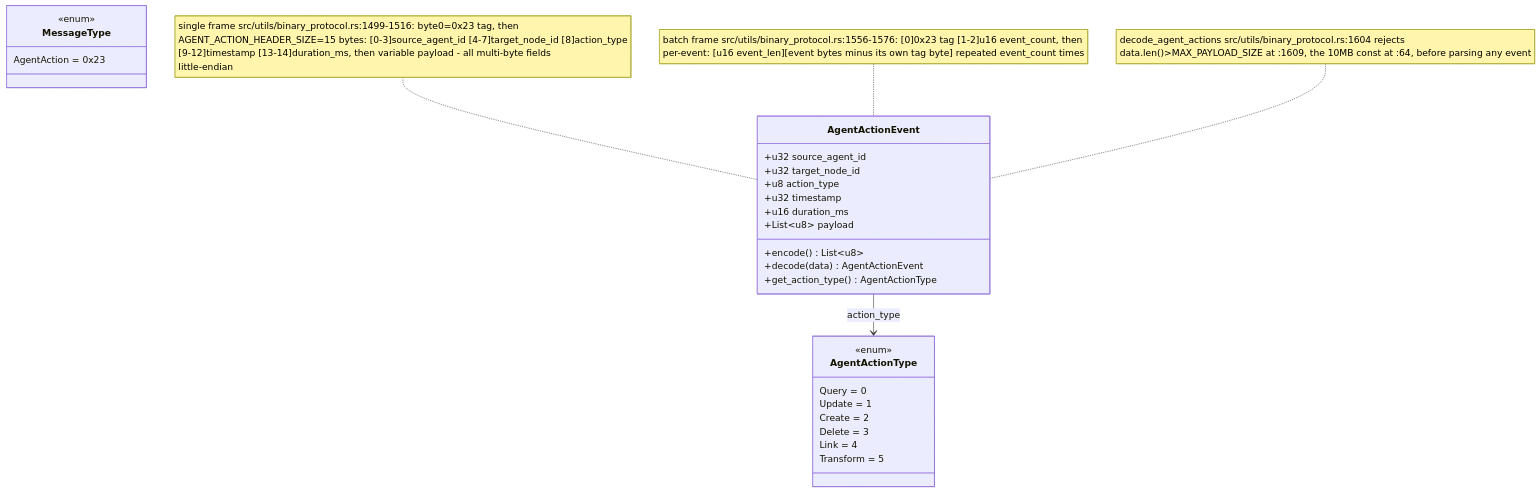
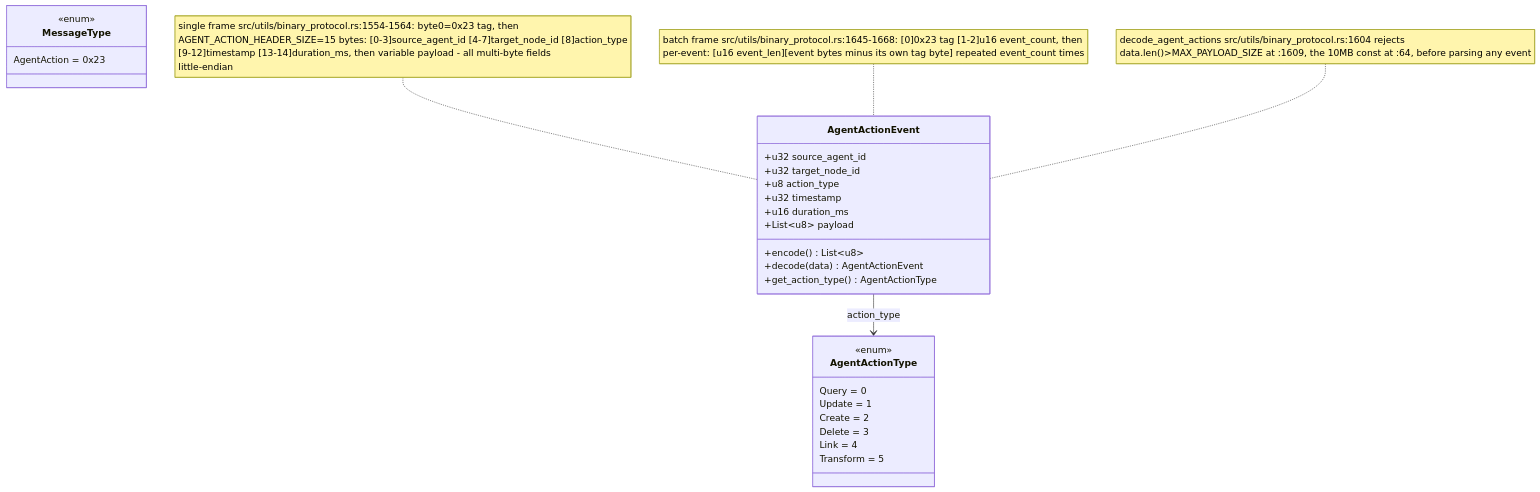
One commit to DreamLab-AI/VisionFlow changed the fifth of 12 diagrams in docs/diagrams/estate/02-agent-events-agentbox-to-visionclaw.md. Above: the diagram before and after it, drawn with Mermaid. The commit also changed other lines of this file and 12 other files, not shown here.

````diff
--- a/docs/diagrams/estate/02-agent-events-agentbox-to-visionclaw.md
+++ b/docs/diagrams/estate/02-agent-events-agentbox-to-visionclaw.md
@@ -244,31 +247,31 @@
 ```mermaid
 classDiagram
     class MessageType {
       <<enum>>
       AgentAction = 0x23
     }
     class AgentActionEvent {
       +u32 source_agent_id
       +u32 target_node_id
       +u8 action_type
       +u32 timestamp
       +u16 duration_ms
       +List~u8~ payload
       +encode() List~u8~
       +decode(data) AgentActionEvent
       +get_action_type() AgentActionType
     }
     class AgentActionType {
       <<enum>>
       Query = 0
       Update = 1
       Create = 2
       Delete = 3
       Link = 4
       Transform = 5
     }
     AgentActionEvent --> AgentActionType : action_type
-    note for AgentActionEvent "single frame src/utils/binary_protocol.rs:1499-1516: byte0=0x23 tag, then<br/>AGENT_ACTION_HEADER_SIZE=15 bytes: [0-3]source_agent_id [4-7]target_node_id [8]action_type<br/>[9-12]timestamp [13-14]duration_ms, then variable payload - all multi-byte fields<br/>little-endian"
-    note for AgentActionEvent "batch frame src/utils/binary_protocol.rs:1556-1576: [0]0x23 tag [1-2]u16 event_count, then<br/>per-event: [u16 event_len][event bytes minus its own tag byte] repeated event_count times"
+    note for AgentActionEvent "single frame src/utils/binary_protocol.rs:1554-1564: byte0=0x23 tag, then<br/>AGENT_ACTION_HEADER_SIZE=15 bytes: [0-3]source_agent_id [4-7]target_node_id [8]action_type<br/>[9-12]timestamp [13-14]duration_ms, then variable payload - all multi-byte fields<br/>little-endian"
+    note for AgentActionEvent "batch frame src/utils/binary_protocol.rs:1645-1668: [0]0x23 tag [1-2]u16 event_count, then<br/>per-event: [u16 event_len][event bytes minus its own tag byte] repeated event_count times"
     note for AgentActionEvent "decode_agent_actions src/utils/binary_protocol.rs:1604 rejects<br/>data.len()>MAX_PAYLOAD_SIZE at :1609, the 10MB const at :64, before parsing any event"
 ```
````
